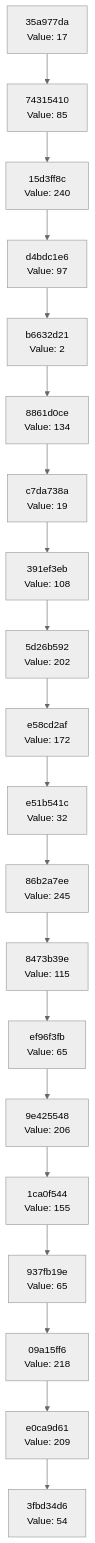
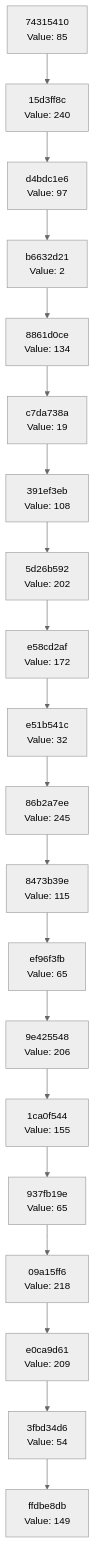
Before and after one commit to Abhisheksinha1506/hash-chain-evolver: the diagram in docs/CHAIN_VISUALIZATION.md, drawn with Mermaid (neutral theme). The commit also changed 2 other files, not shown here.

Commit message:
Evolution Step

````diff
--- a/docs/CHAIN_VISUALIZATION.md
+++ b/docs/CHAIN_VISUALIZATION.md
@@ -3,42 +3,42 @@
 ```mermaid
 graph TD
-    C0["3fbd34d6<br/>Value: 54"]
-    C1["e0ca9d61<br/>Value: 209"]
+    C0["ffdbe8db<br/>Value: 149"]
+    C1["3fbd34d6<br/>Value: 54"]
     C1 --> C0
-    C2["09a15ff6<br/>Value: 218"]
+    C2["e0ca9d61<br/>Value: 209"]
     C2 --> C1
-    C3["937fb19e<br/>Value: 65"]
+    C3["09a15ff6<br/>Value: 218"]
     C3 --> C2
-    C4["1ca0f544<br/>Value: 155"]
+    C4["937fb19e<br/>Value: 65"]
     C4 --> C3
-    C5["9e425548<br/>Value: 206"]
+    C5["1ca0f544<br/>Value: 155"]
     C5 --> C4
-    C6["ef96f3fb<br/>Value: 65"]
+    C6["9e425548<br/>Value: 206"]
     C6 --> C5
-    C7["8473b39e<br/>Value: 115"]
+    C7["ef96f3fb<br/>Value: 65"]
     C7 --> C6
-    C8["86b2a7ee<br/>Value: 245"]
+    C8["8473b39e<br/>Value: 115"]
     C8 --> C7
-    C9["e51b541c<br/>Value: 32"]
+    C9["86b2a7ee<br/>Value: 245"]
     C9 --> C8
-    C10["e58cd2af<br/>Value: 172"]
+    C10["e51b541c<br/>Value: 32"]
     C10 --> C9
-    C11["5d26b592<br/>Value: 202"]
+    C11["e58cd2af<br/>Value: 172"]
     C11 --> C10
-    C12["391ef3eb<br/>Value: 108"]
+    C12["5d26b592<br/>Value: 202"]
     C12 --> C11
-    C13["c7da738a<br/>Value: 19"]
+    C13["391ef3eb<br/>Value: 108"]
     C13 --> C12
-    C14["8861d0ce<br/>Value: 134"]
+    C14["c7da738a<br/>Value: 19"]
     C14 --> C13
-    C15["b6632d21<br/>Value: 2"]
+    C15["8861d0ce<br/>Value: 134"]
     C15 --> C14
-    C16["d4bdc1e6<br/>Value: 97"]
+    C16["b6632d21<br/>Value: 2"]
     C16 --> C15
-    C17["15d3ff8c<br/>Value: 240"]
+    C17["d4bdc1e6<br/>Value: 97"]
     C17 --> C16
-    C18["74315410<br/>Value: 85"]
+    C18["15d3ff8c<br/>Value: 240"]
     C18 --> C17
-    C19["35a977da<br/>Value: 17"]
+    C19["74315410<br/>Value: 85"]
     C19 --> C18
 ```
````
